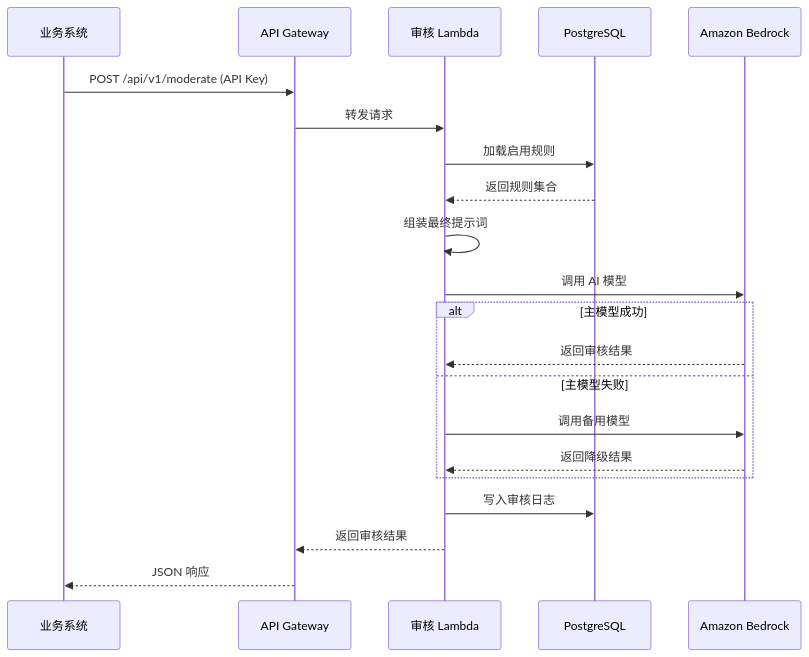
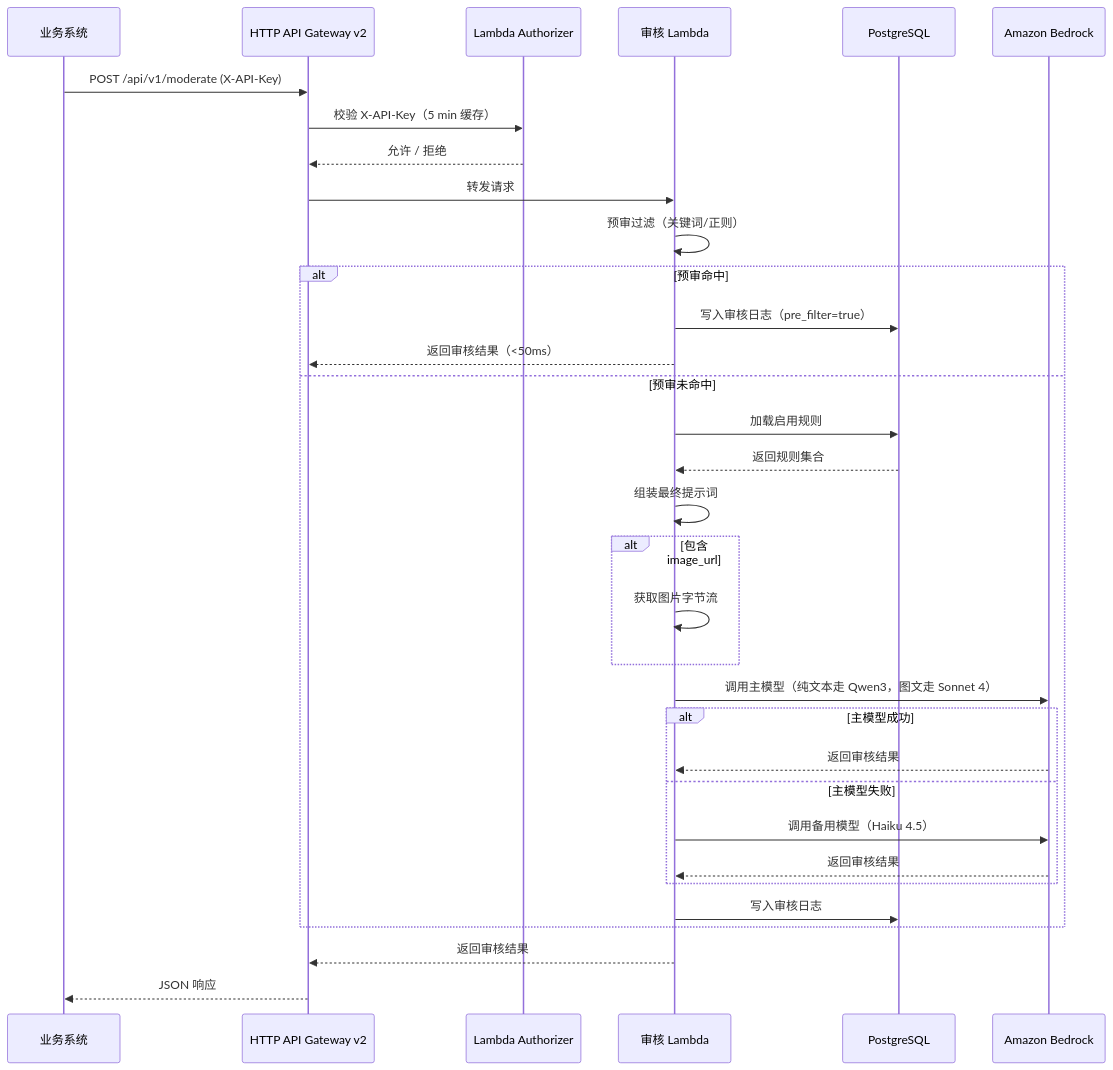
The second of 2 diagrams in .kiro/specs/content-moderation-system/design.md (tianpeijun/content-moderator), drawn with Mermaid before and after one commit. The commit also changed other lines of this file and 18 other files, not shown here.

First line of the commit message:
feat: Qwen3 + HTTP API v2 + pre-filter + SLA P50 500ms

````diff
--- a/.kiro/specs/content-moderation-system/design.md
+++ b/.kiro/specs/content-moderation-system/design.md
@@ -94,24 +96,36 @@
 ```mermaid
 sequenceDiagram
     participant Client as 业务系统
-    participant APIGW as API Gateway
+    participant APIGW as HTTP API Gateway v2
+    participant Auth as Lambda Authorizer
     participant Lambda as 审核 Lambda
     participant RDS as PostgreSQL
     participant Bedrock as Amazon Bedrock
 
-    Client->>APIGW: POST /api/v1/moderate (API Key)
+    Client->>APIGW: POST /api/v1/moderate (X-API-Key)
+    APIGW->>Auth: 校验 X-API-Key（5 min 缓存）
+    Auth-->>APIGW: 允许 / 拒绝
     APIGW->>Lambda: 转发请求
-    Lambda->>RDS: 加载启用规则
-    RDS-->>Lambda: 返回规则集合
-    Lambda->>Lambda: 组装最终提示词
-    Lambda->>Bedrock: 调用 AI 模型
-    alt 主模型成功
-        Bedrock-->>Lambda: 返回审核结果
-    else 主模型失败
-        Lambda->>Bedrock: 调用备用模型
-        Bedrock-->>Lambda: 返回降级结果
+    Lambda->>Lambda: 预审过滤（关键词/正则）
+    alt 预审命中
+        Lambda->>RDS: 写入审核日志（pre_filter=true）
+        Lambda-->>APIGW: 返回审核结果（<50ms）
+    else 预审未命中
+        Lambda->>RDS: 加载启用规则
+        RDS-->>Lambda: 返回规则集合
+        Lambda->>Lambda: 组装最终提示词
+        alt 包含 image_url
+            Lambda->>Lambda: 获取图片字节流
+        end
+        Lambda->>Bedrock: 调用主模型（纯文本走 Qwen3，图文走 Sonnet 4）
+        alt 主模型成功
+            Bedrock-->>Lambda: 返回审核结果
+        else 主模型失败
+            Lambda->>Bedrock: 调用备用模型（Haiku 4.5）
+            Bedrock-->>Lambda: 返回审核结果
+        end
+        Lambda->>RDS: 写入审核日志
     end
-    Lambda->>RDS: 写入审核日志
     Lambda-->>APIGW: 返回审核结果
     APIGW-->>Client: JSON 响应
 ```
````
